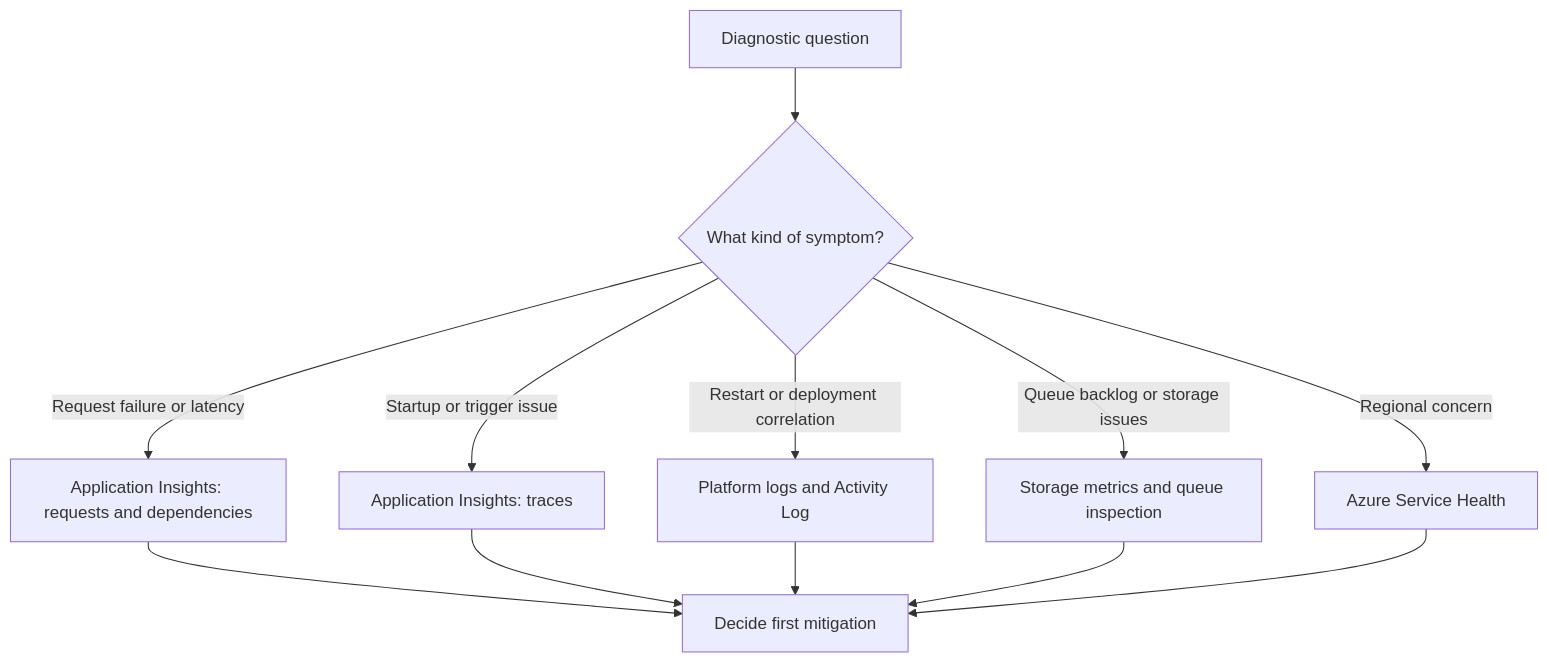
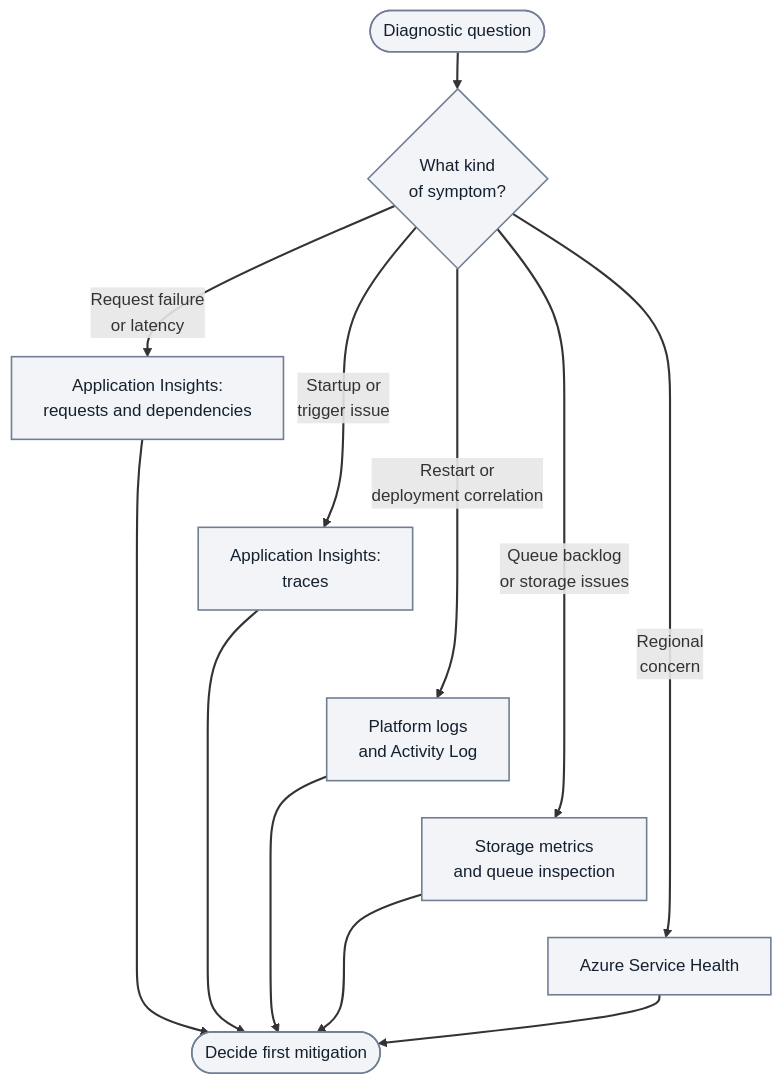
Before and after one commit to yeongseon/azure-functions-practical-guide: the diagram in docs/troubleshooting/evidence-map.md, drawn with Mermaid.

Commit message:
docs(diagrams): tier symptom-to-evidence routing
Preserve the five evidence categories and their mitigation convergence with
wrapped labels and accessible metadata. Record remaining narrow-view limits.

Refs #277

````diff
--- a/docs/troubleshooting/evidence-map.md
+++ b/docs/troubleshooting/evidence-map.md
@@ -49,14 +49,25 @@
 ```mermaid
+%%{init: {'flowchart': {'nodeSpacing': 5, 'rankSpacing': 35}}}%%
 flowchart TD
-    A[Diagnostic question] --> B{What kind of symptom?}
-    B -->|Request failure or latency| C[Application Insights: requests and dependencies]
-    B -->|Startup or trigger issue| D[Application Insights: traces]
-    B -->|Restart or deployment correlation| E[Platform logs and Activity Log]
-    B -->|Queue backlog or storage issues| F[Storage metrics and queue inspection]
-    B -->|Regional concern| G[Azure Service Health]
-    C --> H[Decide first mitigation]
+    accTitle: Symptom to first evidence source
+    accDescr: Illustrative evidence lookup, not a causal classifier. Request failures or latency route to requests and dependencies; startup or trigger issues to traces; restart or deployment correlation to platform logs and Activity Log; queue backlog or storage issues to Storage metrics and queue inspection; regional concerns to Service Health. Each source leads to choosing a first mitigation. Telemetry availability depends on instrumentation and configuration.
+    A(["Diagnostic question"]) --> B{"What kind<br/>of symptom?"}
+    B -->|"Request failure<br/>or latency"| C["Application Insights:<br/>requests and dependencies"]
+    B -->|"Startup or<br/>trigger issue"| D["Application Insights:<br/>traces"]
+    B -->|"Restart or<br/>deployment correlation"| E["Platform logs<br/>and Activity Log"]
+    B -->|"Queue backlog<br/>or storage issues"| F["Storage metrics<br/>and queue inspection"]
+    B -->|"Regional<br/>concern"| G["Azure Service Health"]
+    C --> H(["Decide first mitigation"])
     D --> H
     E --> H
     F --> H
     G --> H
+    %% Layout-only links tier alternatives; they add no diagnostic steps or arrows.
+    C ~~~ D
+    D ~~~ E
+    E ~~~ F
+    F ~~~ G
+    classDef baseNeutral fill:#f2f4f8,stroke:#707e93,stroke-width:1.5px,color:#14202e;
+    class A,B,C,D,E,F,G,H baseNeutral;
+    linkStyle default stroke-width:2px;
 ```
````
